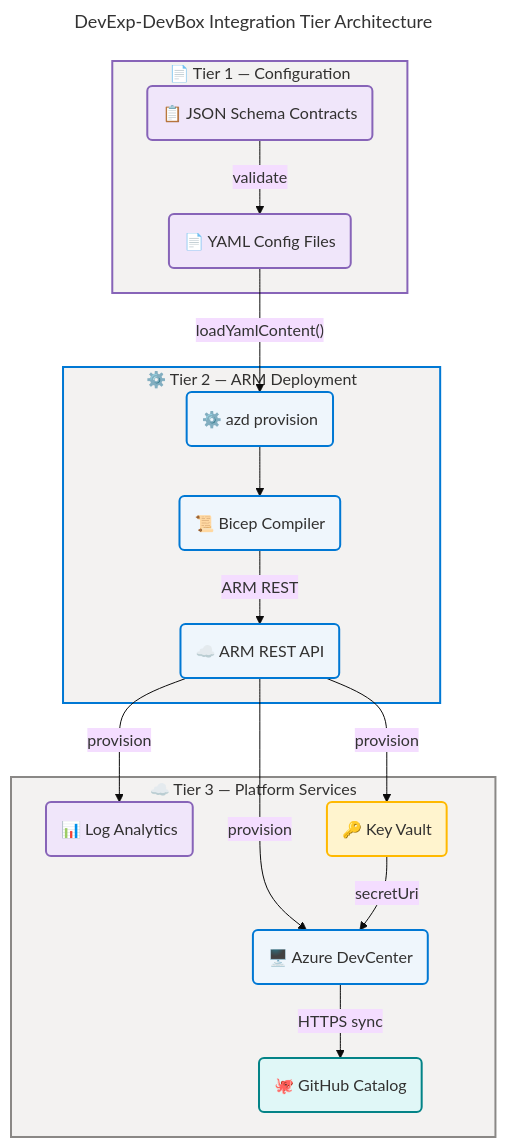
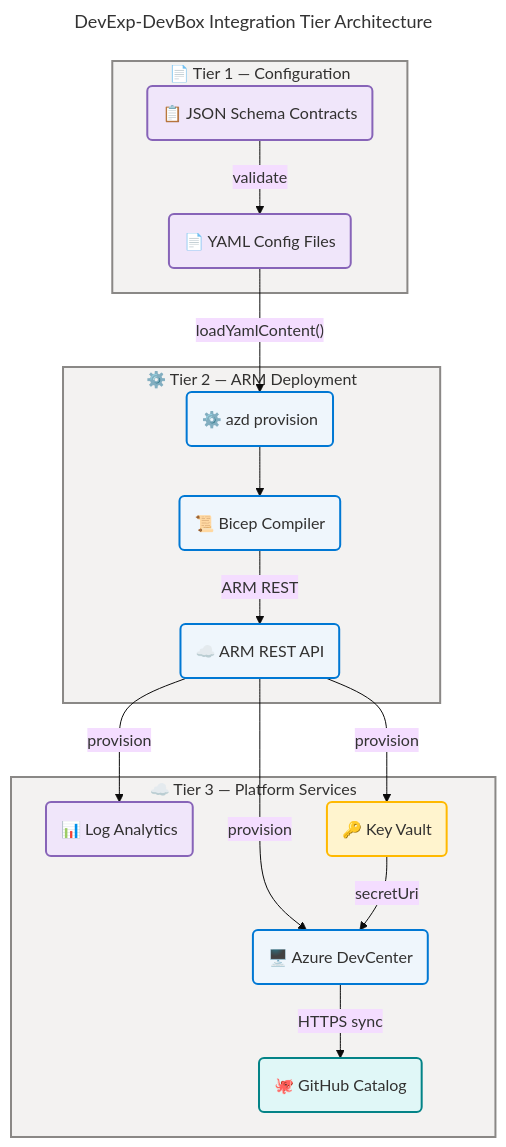
The third of 15 diagrams in docs/architecture/application-architecture.md (Evilazaro/DevExp-DevBox), drawn with Mermaid before and after one commit. The commit also changed other lines of this file, not shown here.

Commit message:
refactor: update YAML contract terminology and enhance diagram verification scores for improved clarity

````diff
--- a/docs/architecture/application-architecture.md
+++ b/docs/architecture/application-architecture.md
@@ -239,65 +239,65 @@
 ```mermaid
 ---
 title: DevExp-DevBox Integration Tier Architecture
 config:
   theme: base
   look: classic
   layout: dagre
   themeVariables:
     fontSize: '16px'
   flowchart:
     htmlLabels: true
 ---
 flowchart TB
     accTitle: DevExp-DevBox Integration Tier Architecture
     accDescr: Shows the three integration tiers — Configuration, ARM Deployment, and Platform Service — and the protocols bridging them
 
     %% ═══════════════════════════════════════════════════════════════════════════
     %% AZURE / FLUENT ARCHITECTURE PATTERN v1.1
     %% (Semantic + Structural + Font + Accessibility Governance)
     %% ═══════════════════════════════════════════════════════════════════════════
     %% PHASE 1 - FLUENT UI: All styling uses approved Fluent UI palette only
     %% PHASE 2 - GROUPS: Every subgraph has semantic color via style directive
     %% PHASE 3 - COMPONENTS: Every node has semantic classDef + icon prefix
     %% PHASE 4 - ACCESSIBILITY: accTitle/accDescr present, WCAG AA contrast
     %% PHASE 5 - STANDARD: Governance block present, classDefs centralized
     %% ═══════════════════════════════════════════════════════════════════════════
 
     subgraph tier1["📄 Tier 1 — Configuration"]
         yaml("📄 YAML Config Files"):::data
         schema("📋 JSON Schema Contracts"):::data
     end
 
     subgraph tier2["⚙️ Tier 2 — ARM Deployment"]
         azdCLI("⚙️ azd provision"):::core
         bicepComp("📜 Bicep Compiler"):::core
         arm("☁️ ARM REST API"):::core
     end
 
     subgraph tier3["☁️ Tier 3 — Platform Services"]
         la("📊 Log Analytics"):::data
         kv("🔑 Key Vault"):::warning
         dc("🖥️ Azure DevCenter"):::core
         gh("🐙 GitHub Catalog"):::external
     end
 
     schema -->|"validate"| yaml
     yaml -->|"loadYamlContent()"| azdCLI
     azdCLI --> bicepComp
     bicepComp -->|"ARM REST"| arm
     arm -->|"provision"| la
     arm -->|"provision"| kv
     arm -->|"provision"| dc
     kv -->|"secretUri"| dc
     dc -->|"HTTPS sync"| gh
 
-    style tier1 fill:#F3F2F1,stroke:#8764B8,stroke-width:2px,color:#323130
-    style tier2 fill:#F3F2F1,stroke:#0078D4,stroke-width:2px,color:#323130
+    style tier1 fill:#F3F2F1,stroke:#8A8886,stroke-width:2px,color:#323130
+    style tier2 fill:#F3F2F1,stroke:#8A8886,stroke-width:2px,color:#323130
     style tier3 fill:#F3F2F1,stroke:#8A8886,stroke-width:2px,color:#323130
 
     classDef neutral fill:#FAFAFA,stroke:#8A8886,stroke-width:2px,color:#323130
     classDef core fill:#EFF6FC,stroke:#0078D4,stroke-width:2px,color:#323130
     classDef warning fill:#FFF4CE,stroke:#FFB900,stroke-width:2px,color:#323130
     classDef data fill:#F0E6FA,stroke:#8764B8,stroke-width:2px,color:#323130
     classDef external fill:#E0F7F7,stroke:#038387,stroke-width:2px,color:#323130
 ```
````
